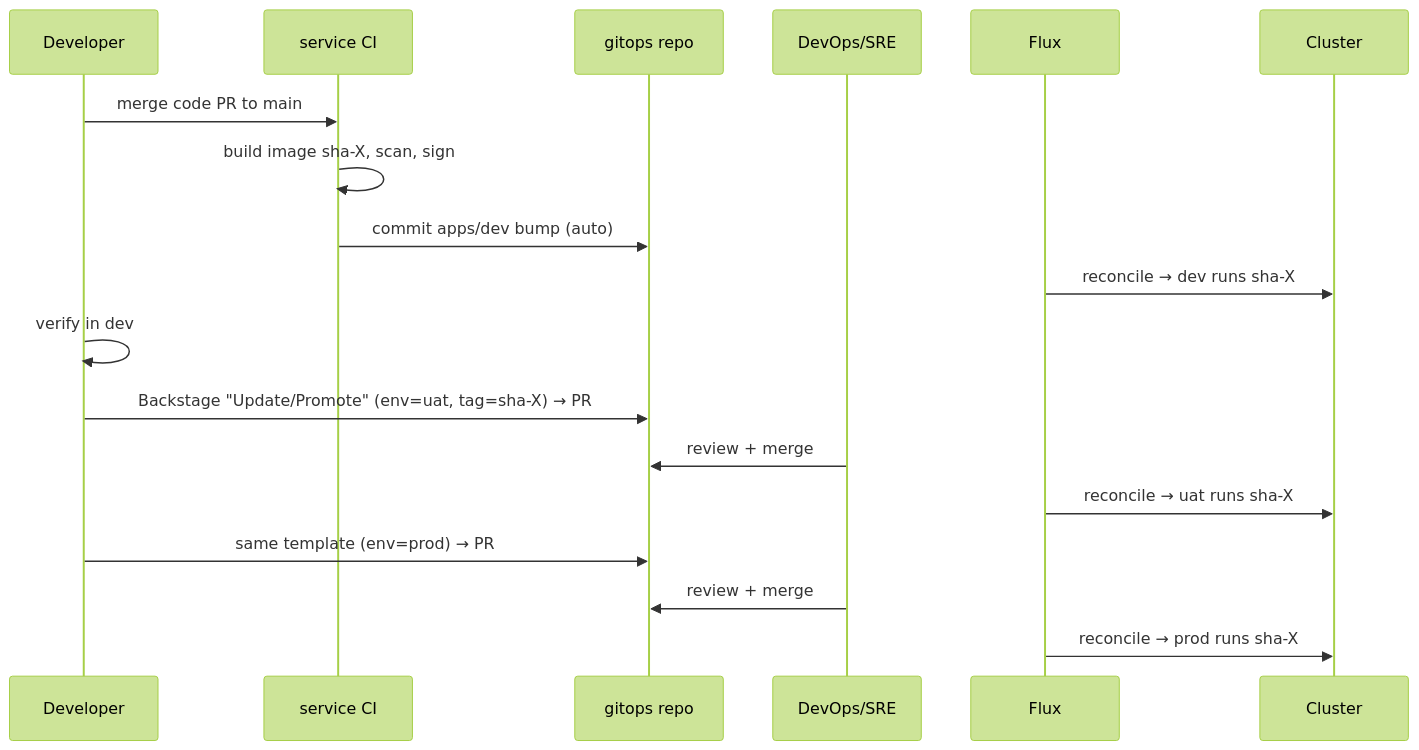
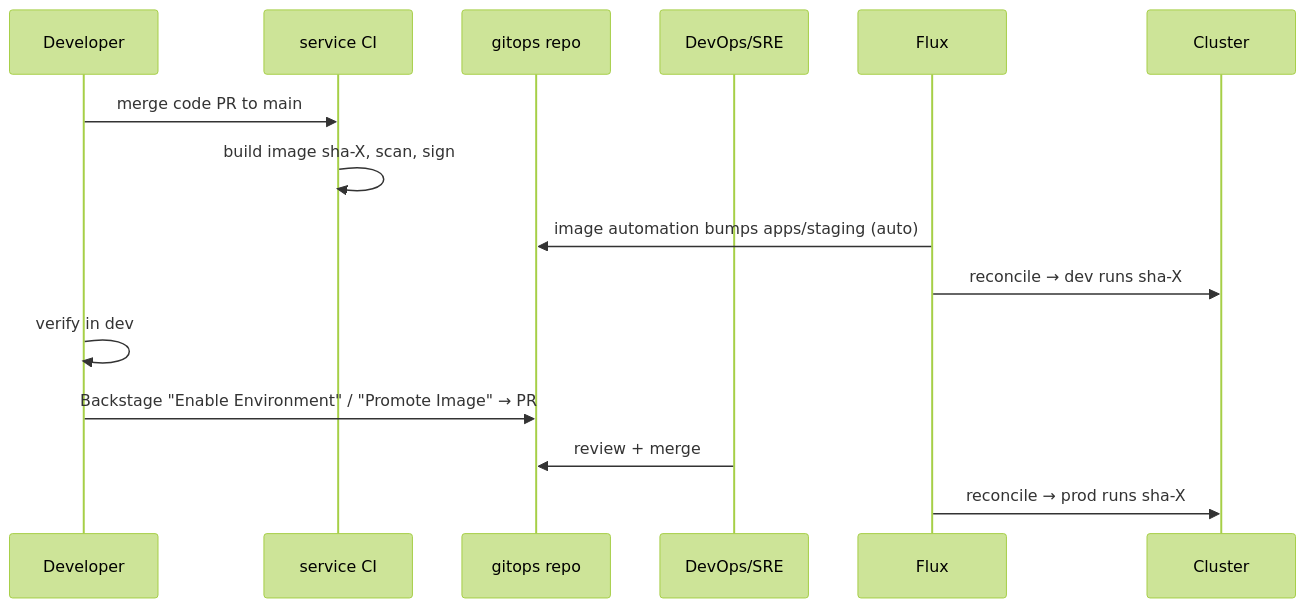
Before and after one commit to duynhlab/backstage: the second of 2 diagrams in README.md, drawn with Mermaid (forest theme). The commit also changed other lines of this file and 60 other files, not shown here.

````diff
--- a/README.md
+++ b/README.md
@@ -66,21 +74,18 @@
 ```mermaid
 sequenceDiagram
     participant Dev as Developer
     participant CI as service CI
     participant Git as gitops repo
     participant Ops as DevOps/SRE
     participant Flux
     participant K8s as Cluster
 
     Dev->>CI: merge code PR to main
     CI->>CI: build image sha-X, scan, sign
-    CI->>Git: commit apps/dev bump (auto)
+    Flux->>Git: image automation bumps apps/staging (auto)
     Flux->>K8s: reconcile → dev runs sha-X
     Dev->>Dev: verify in dev
-    Dev->>Git: Backstage "Update/Promote" (env=uat, tag=sha-X) → PR
-    Ops->>Git: review + merge
-    Flux->>K8s: reconcile → uat runs sha-X
-    Dev->>Git: same template (env=prod) → PR
+    Dev->>Git: Backstage "Enable Environment" / "Promote Image" → PR
     Ops->>Git: review + merge
     Flux->>K8s: reconcile → prod runs sha-X
 ```
````
